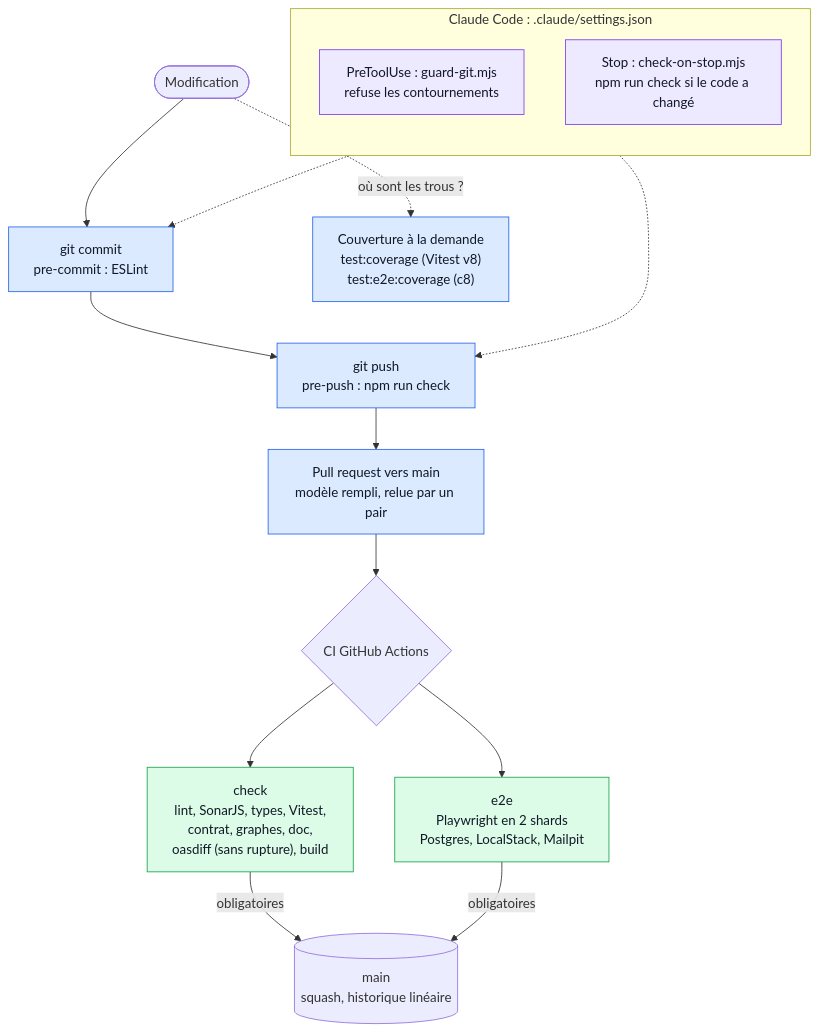
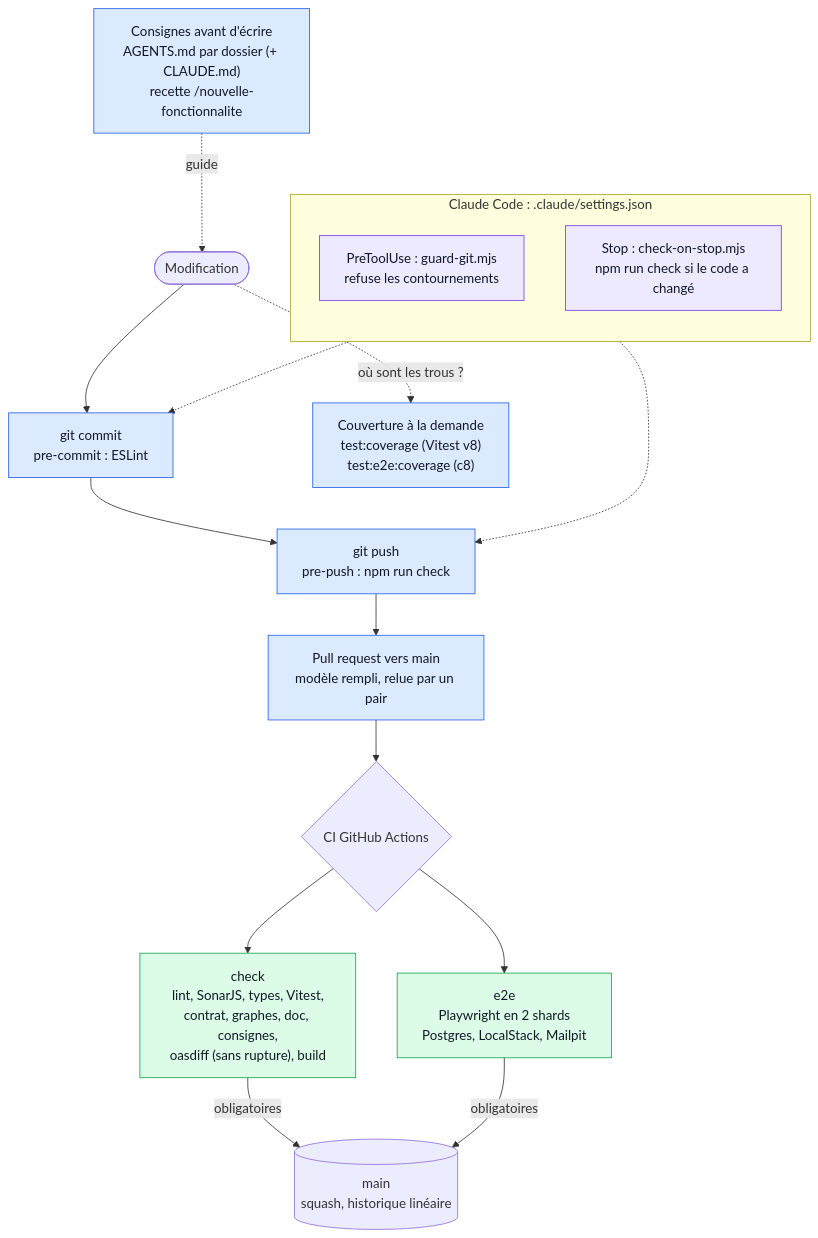
The diagram in docs/architecture/vues/harnais.mmd (2-MORGAN/expense-io), drawn with Mermaid before and after one commit. The commit also changed 40 other files, not shown here.

```diff
--- a/docs/architecture/vues/harnais.mmd
+++ b/docs/architecture/vues/harnais.mmd
@@ -1,33 +1,35 @@
 flowchart TB
   %% Vue écrite à la main : la modifier ici, npm run generate:architecture la recopie dans docs/index.html.
   %% À tenir à jour avec le code (CLAUDE.md, « Documentation développeur »).
 
+  guide["Consignes avant d'écrire<br/>AGENTS.md par dossier (+ CLAUDE.md)<br/>recette /nouvelle-fonctionnalite"]
   change(["Modification"])
   commit["git commit<br/>pre-commit : ESLint"]
   push["git push<br/>pre-push : npm run check"]
   pr["Pull request vers main<br/>modèle rempli, relue par un pair"]
   ci{"CI GitHub Actions"}
-  checkJob["check<br/>lint, SonarJS, types, Vitest,<br/>contrat, graphes, doc,<br/>oasdiff (sans rupture), build"]
+  checkJob["check<br/>lint, SonarJS, types, Vitest,<br/>contrat, graphes, doc, consignes,<br/>oasdiff (sans rupture), build"]
   e2eJob["e2e<br/>Playwright en 2 shards<br/>Postgres, LocalStack, Mailpit"]
   mainBranch[("main<br/>squash, historique linéaire")]
   coverage["Couverture à la demande<br/>test:coverage (Vitest v8)<br/>test:e2e:coverage (c8)"]
 
   subgraph claude["Claude Code : .claude/settings.json"]
     direction TB
     guardHook["PreToolUse : guard-git.mjs<br/>refuse les contournements"]
     stopHook["Stop : check-on-stop.mjs<br/>npm run check si le code a changé"]
   end
 
+  guide -.->|"guide"| change
   change --> commit --> push --> pr --> ci
   change -.->|"où sont les trous ?"| coverage
   ci --> checkJob & e2eJob
   checkJob & e2eJob -->|"obligatoires"| mainBranch
   guardHook -.-> commit
   stopHook -.-> push
 
   classDef local fill:#dbeafe,stroke:#2563eb,color:#111827
   classDef ciJob fill:#dcfce7,stroke:#16a34a,color:#111827
   classDef hook fill:#ede9fe,stroke:#7c3aed,color:#111827
-  class commit,push,pr,coverage local
+  class guide,commit,push,pr,coverage local
   class checkJob,e2eJob ciJob
   class guardHook,stopHook hook
```
